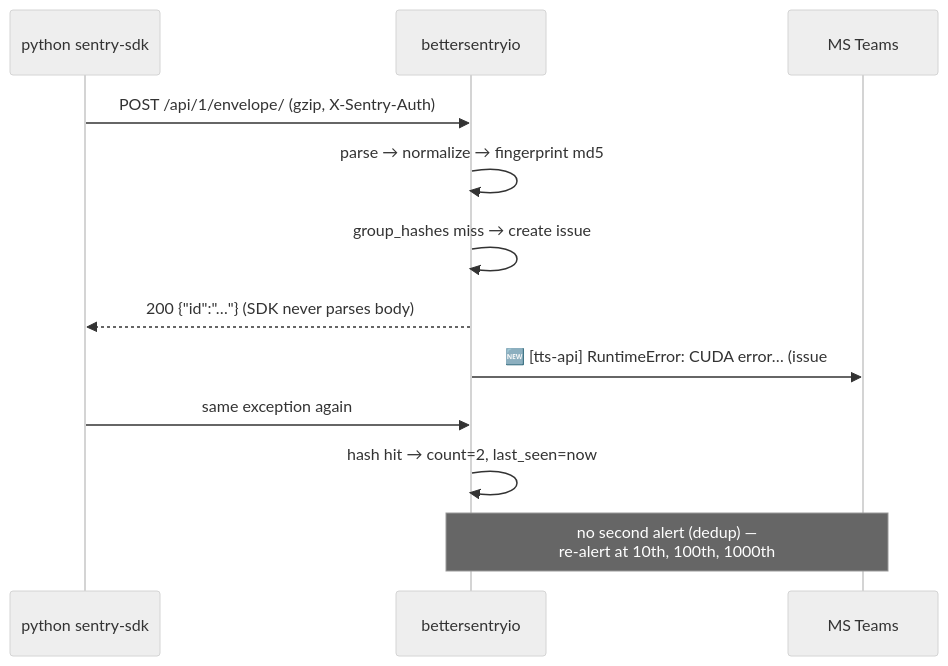
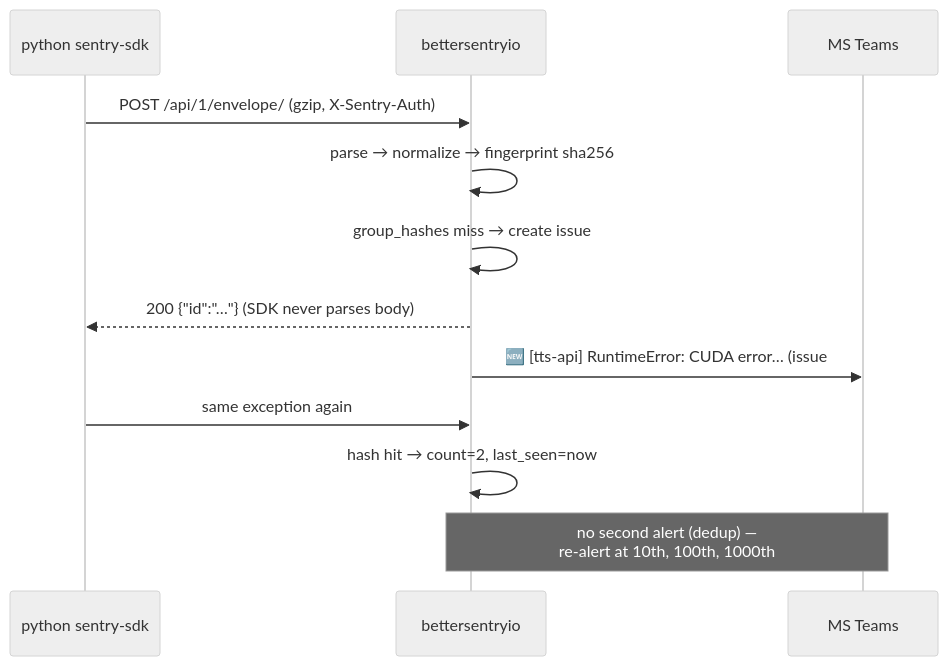
Before and after one commit to Scicom-AI-Enterprise-Organization/bettersentryio: the sixth of 6 diagrams in ARCHITECTURE.md, drawn with Mermaid (neutral theme). The commit also changed other lines of this file and 2 other files, not shown here.

First line of the commit message:
fix(events): fingerprint issues with SHA-256 instead of MD5

````diff
--- a/ARCHITECTURE.md
+++ b/ARCHITECTURE.md
@@ -358,14 +358,14 @@
 ```mermaid
 sequenceDiagram
     participant P as python sentry-sdk
     participant S as bettersentryio
     participant T as MS Teams
     P->>S: POST /api/1/envelope/ (gzip, X-Sentry-Auth)
-    S->>S: parse → normalize → fingerprint md5
+    S->>S: parse → normalize → fingerprint sha256
     S->>S: group_hashes miss → create issue #42
     S-->>P: 200 {"id":"…"}  (SDK never parses body)
     S->>T: 🆕 [tts-api] RuntimeError: CUDA error… (issue #42)
     P->>S: same exception again
     S->>S: hash hit → count=2, last_seen=now
     Note over S,T: no second alert (dedup) —<br/>re-alert at 10th, 100th, 1000th
 ```
````
